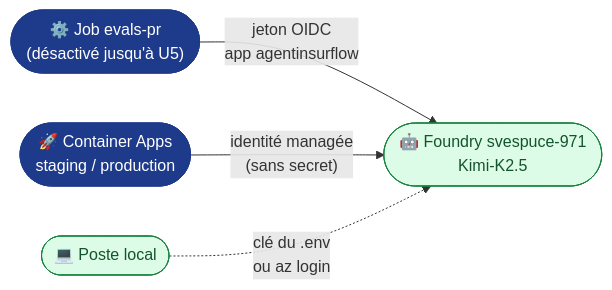
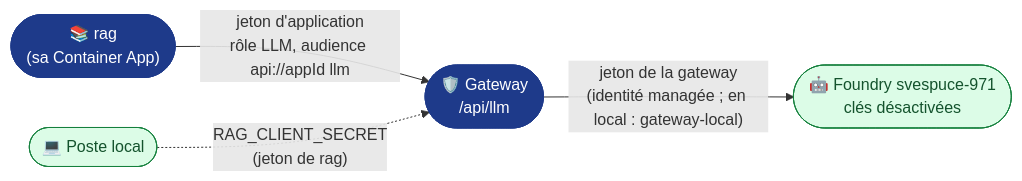
The diagram in docs/secrets.md (acerolaz/agentinsurflow), drawn with Mermaid before and after one commit. The commit also changed other lines of this file and 148 other files, not shown here.

````diff
--- a/docs/secrets.md
+++ b/docs/secrets.md
@@ -80,10 +97,10 @@
 ```mermaid
 flowchart LR
-    CI(["⚙️ Job evals-pr<br/>(désactivé jusqu'à U5)"]) -- "jeton OIDC<br/>app agentinsurflow" --> F(["🤖 Foundry svespuce-971<br/>Kimi-K2.5"])
-    CA(["🚀 Container Apps<br/>staging / production"]) -- "identité managée<br/>(sans secret)" --> F
-    DEV(["💻 Poste local"]) -. "clé du .env<br/>ou az login" .-> F
+    RAG(["📚 rag<br/>(sa Container App)"]) -- "jeton d'application<br/>rôle LLM, audience api://appId llm" --> GW(["🛡️ Gateway<br/>/api/llm"])
+    DEV(["💻 Poste local"]) -. "RAG_CLIENT_SECRET<br/>(jeton de rag)" .-> GW
+    GW -- "jeton de la gateway<br/>(identité managée ; en local : gateway-local)" --> F(["🤖 Foundry svespuce-971<br/>clés désactivées"])
     classDef plat fill:#1E3A8A,stroke:#1E3A8A,color:#fff
     classDef ok fill:#DCFCE7,stroke:#15803D,color:#14532D
-    class CI,CA plat
+    class RAG,GW plat
     class F,DEV ok
 ```
````
